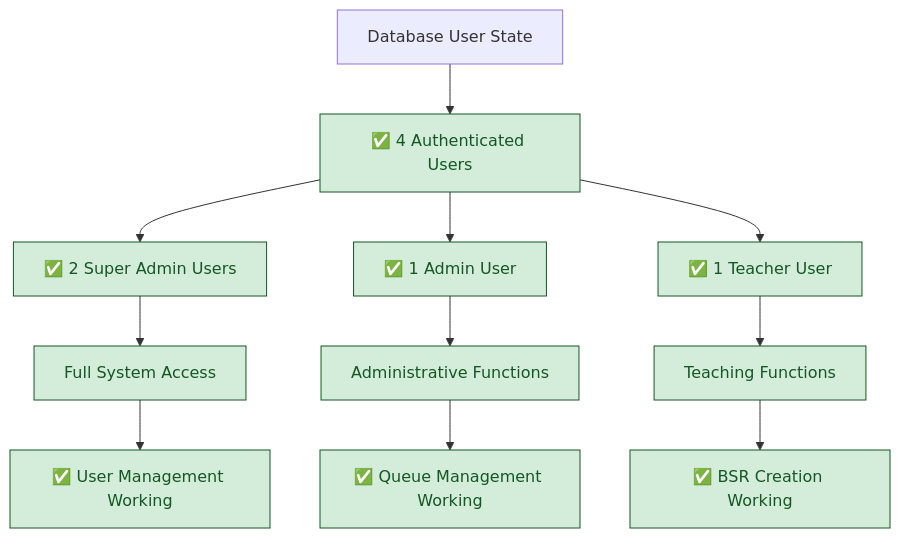
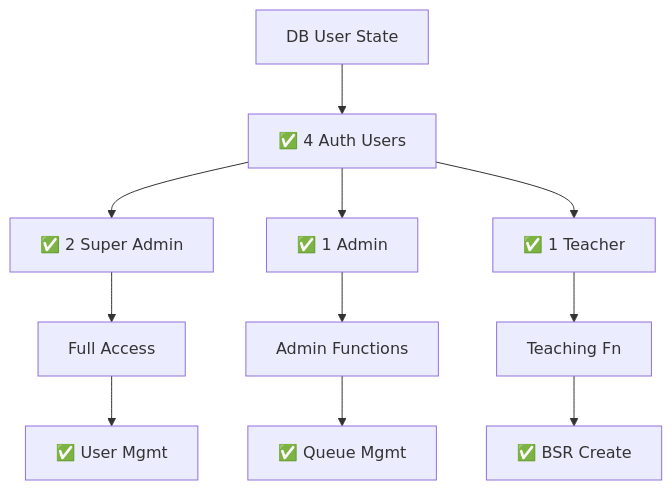
One commit to Splurfa/bx-os changed the third of 6 diagrams in docs/flowcharts/Current-State/04-current-session-management.md. Above: the diagram before and after it, drawn with Mermaid. The commit also changed other lines of this file and 6 other files, not shown here.

Commit message:
Fix Mermaid text cutoff with basic syntax

````diff
--- a/docs/flowcharts/Current-State/04-current-session-management.md
+++ b/docs/flowcharts/Current-State/04-current-session-management.md
@@ -50,20 +56,16 @@
 ```mermaid
 flowchart TD
-    A["`Database User State`"] --> B["`✅ 4 Authenticated Users`"]
+    A[DB User State] --> B[✅ 4 Auth Users]
     
-    B --> C["`✅ 2 Super Admin Users`"]
-    B --> D["`✅ 1 Admin User`"] 
-    B --> E["`✅ 1 Teacher User`"]
+    B --> C[✅ 2 Super Admin]
+    B --> D[✅ 1 Admin] 
+    B --> E[✅ 1 Teacher]
     
-    C --> F["`Full System Access`"]
-    D --> G["`Administrative Functions`"]
-    E --> H["`Teaching Functions`"]
+    C --> F[Full Access]
+    D --> G[Admin Functions]
+    E --> H[Teaching Fn]
     
-    F --> I["`✅ User Management Working`"]
-    G --> J["`✅ Queue Management Working`"]  
-    H --> K["`✅ BSR Creation Working`"]
-    
-    classDef functional fill:#d4edda,stroke:#155724,color:#155724
-    
-    class B,C,D,E,F,G,H,I,J,K functional
+    F --> I[✅ User Mgmt]
+    G --> J[✅ Queue Mgmt]  
+    H --> K[✅ BSR Create]
 ```
````
